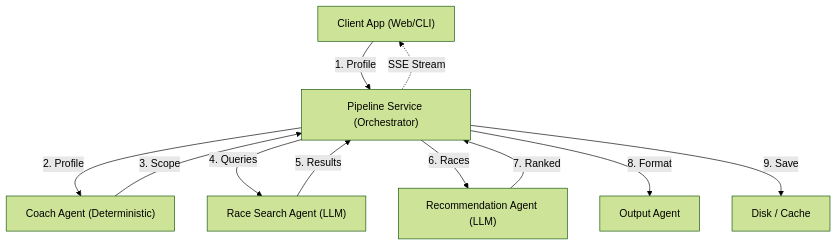
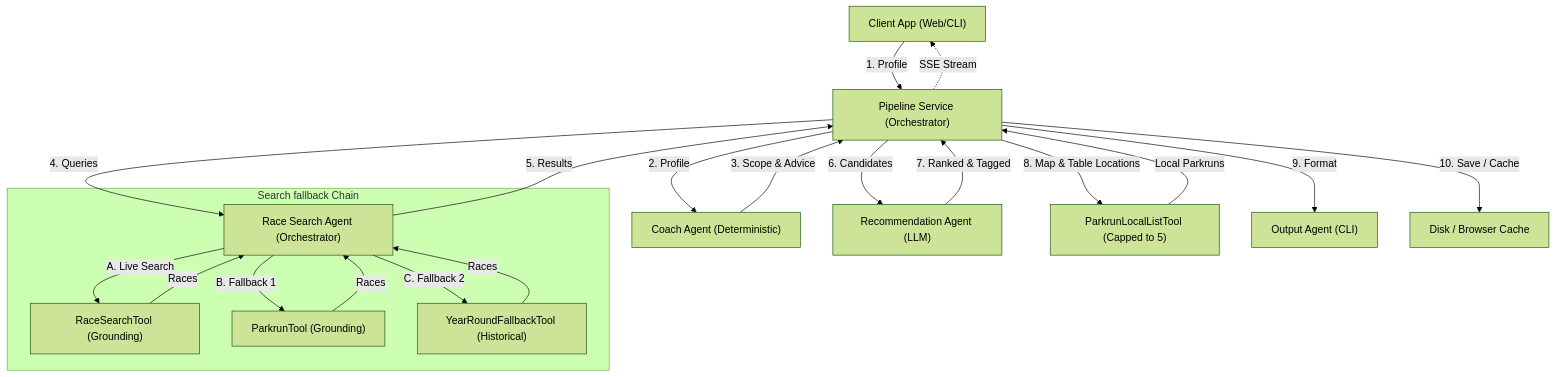
One commit to astux7/RunMate-AI changed the diagram in README.md. Above: the diagram before and after it, drawn with Mermaid (forest theme). The commit also changed other lines of this file, not shown here.

Commit message:
docs: upgrade Multi-Agent Architecture flowchart and text details in README.md

````diff
--- a/README.md
+++ b/README.md
@@ -113,13 +113,33 @@
 ```mermaid
 graph TD
     User["Client App (Web/CLI)"] -->|1. Profile| Pipe["Pipeline Service (Orchestrator)"]
+    
+    %% Coach Phase
     Pipe -->|2. Profile| Coach["Coach Agent (Deterministic)"]
-    Coach -->|3. Scope| Pipe
-    Pipe -->|4. Queries| Search["Race Search Agent (LLM)"]
+    Coach -->|3. Scope & Advice| Pipe
+    
+    %% Search Phase
+    Pipe -->|4. Queries| Search["Race Search Agent (Orchestrator)"]
+    subgraph SearchAgent ["Search fallback Chain"]
+        Search -->|A. Live Search| RST["RaceSearchTool (Grounding)"]
+        Search -->|B. Fallback 1| PT["ParkrunTool (Grounding)"]
+        Search -->|C. Fallback 2| YRT["YearRoundFallbackTool (Historical)"]
+    end
+    RST -->|Races| Search
+    PT -->|Races| Search
+    YRT -->|Races| Search
     Search -->|5. Results| Pipe
-    Pipe -->|6. Races| Recommender["Recommendation Agent (LLM)"]
-    Recommender -->|7. Ranked| Pipe
-    Pipe -->|8. Format| Output["Output Agent"]
-    Pipe -->|9. Save| Disk["Disk / Cache"]
+    
+    %% Recommendations Phase
+    Pipe -->|6. Candidates| Recommender["Recommendation Agent (LLM)"]
+    Recommender -->|7. Ranked & Tagged| Pipe
+    
+    %% Parkrun List Tool
+    Pipe -->|8. Map & Table Locations| PLT["ParkrunLocalListTool (Capped to 5)"]
+    PLT -->|Local Parkruns| Pipe
+    
+    %% Outputs
+    Pipe -->|9. Format| Output["Output Agent (CLI)"]
+    Pipe -->|10. Save / Cache| Disk["Disk / Browser Cache"]
     Pipe -.->|SSE Stream| User
 ```
````
